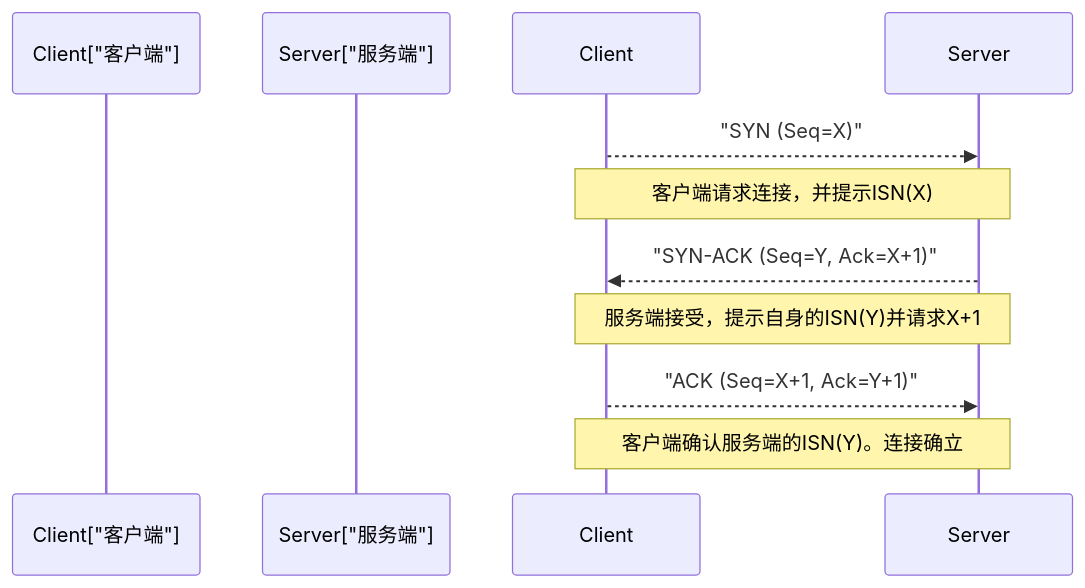
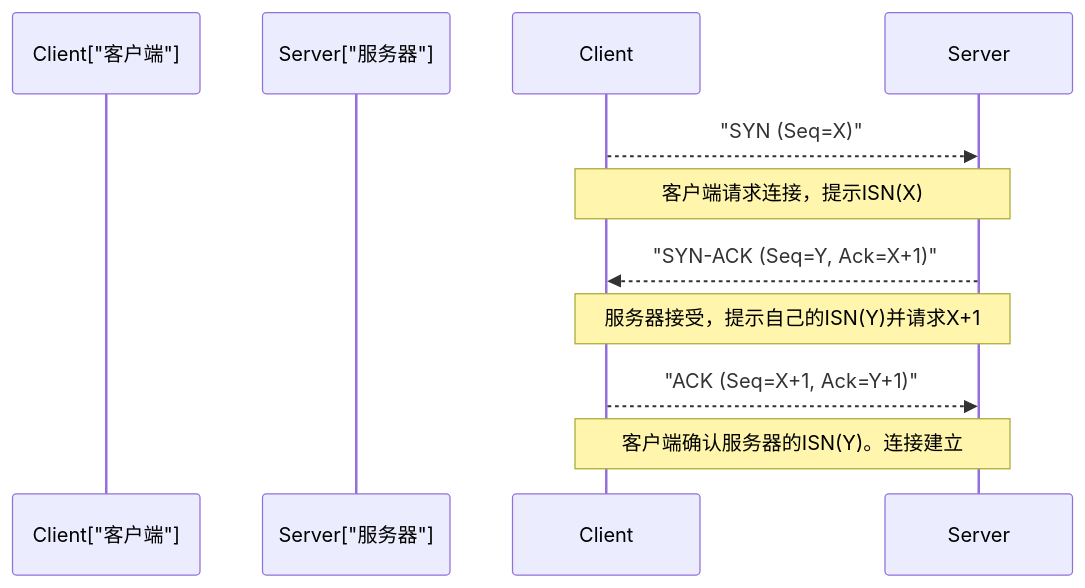
Before and after one commit to kenjinote/blog: the eighth of 18 diagrams in content/post/how-the-internet-works-comprehensive-guide/index.zh-cn.md, drawn with Mermaid. The commit also changed other lines of this file, not shown here.

````diff
--- a/content/post/how-the-internet-works-comprehensive-guide/index.zh-cn.md
+++ b/content/post/how-the-internet-works-comprehensive-guide/index.zh-cn.md
@@ -398,12 +445,12 @@
 ```mermaid
 sequenceDiagram
     participant Client["客户端"]
-    participant Server["服务端"]
+    participant Server["服务器"]
     
     Client -->> Server: "SYN (Seq=X)"
-    Note over Client,Server: 客户端请求连接，并提示ISN(X)
+    Note over Client,Server: 客户端请求连接，提示ISN(X)
     Server -->> Client: "SYN-ACK (Seq=Y, Ack=X+1)"
-    Note over Client,Server: 服务端接受，提示自身的ISN(Y)并请求X+1
+    Note over Client,Server: 服务器接受，提示自己的ISN(Y)并请求X+1
     Client -->> Server: "ACK (Seq=X+1, Ack=Y+1)"
-    Note over Client,Server: 客户端确认服务端的ISN(Y)。连接确立
+    Note over Client,Server: 客户端确认服务器的ISN(Y)。连接建立
 ```
````
